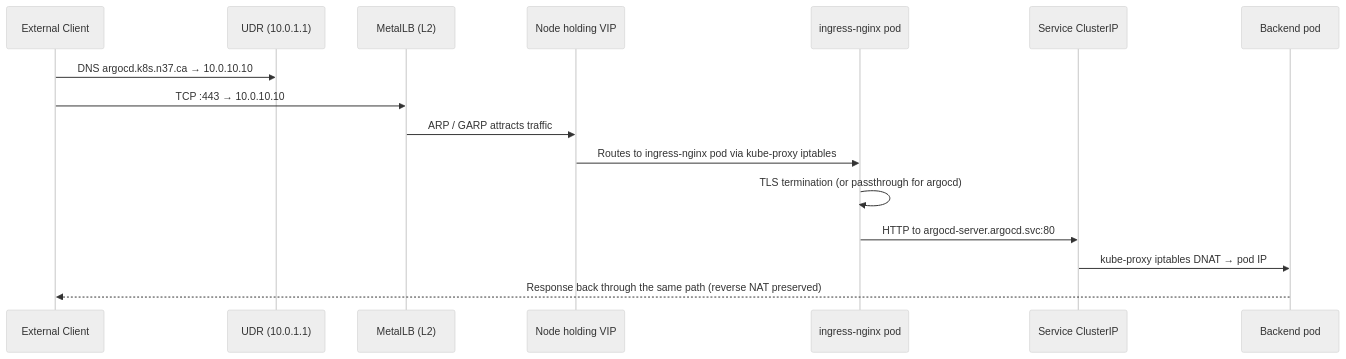
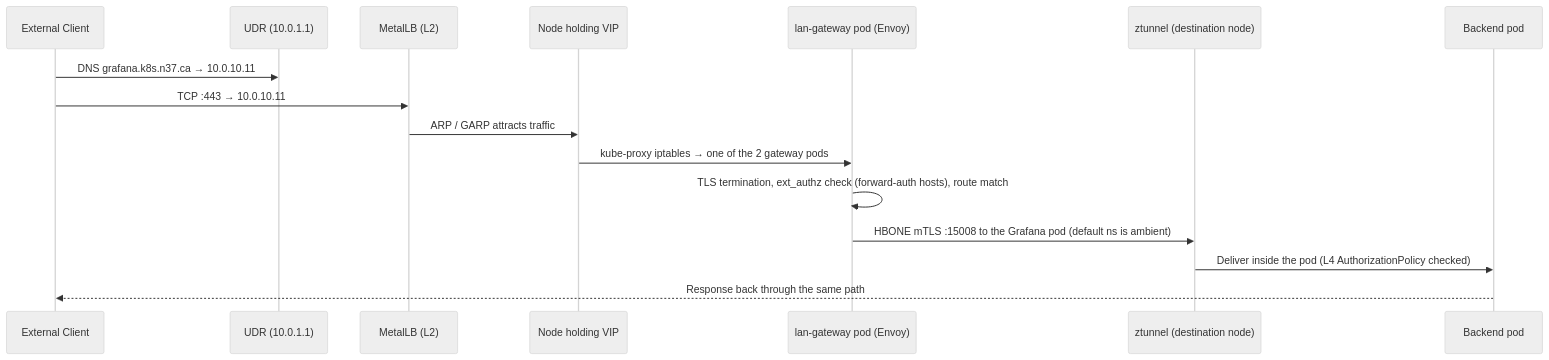
Before and after one commit to imcbeth/k8s-docs-n37: the second of 6 diagrams in docs/networking/cluster-topology.md, drawn with Mermaid (neutral theme). The commit also changed other lines of this file and 29 other files, not shown here.

First line of the commit message:
docs: LAN gateway (Istio) replaces ingress-nginx across the site (#136)

````diff
--- a/docs/networking/cluster-topology.md
+++ b/docs/networking/cluster-topology.md
@@ -52,19 +52,19 @@
 ```mermaid
 sequenceDiagram
     participant C as External Client
     participant U as UDR (10.0.1.1)
     participant M as MetalLB (L2)
     participant N as Node holding VIP
-    participant I as ingress-nginx pod
-    participant S as Service ClusterIP
+    participant I as lan-gateway pod (Envoy)
+    participant Z as ztunnel (destination node)
     participant P as Backend pod
 
-    C->>U: DNS argocd.k8s.n37.ca → 10.0.10.10
-    C->>M: TCP :443 → 10.0.10.10
+    C->>U: DNS grafana.k8s.n37.ca → 10.0.10.11
+    C->>M: TCP :443 → 10.0.10.11
     M->>N: ARP / GARP attracts traffic
-    N->>I: Routes to ingress-nginx pod via kube-proxy iptables
-    I->>I: TLS termination (or passthrough for argocd)
-    I->>S: HTTP to argocd-server.argocd.svc:80
-    S->>P: kube-proxy iptables DNAT → pod IP
-    P-->>C: Response back through the same path (reverse NAT preserved)
+    N->>I: kube-proxy iptables → one of the 2 gateway pods
+    I->>I: TLS termination, ext_authz check (forward-auth hosts), route match
+    I->>Z: HBONE mTLS :15008 to the Grafana pod (default ns is ambient)
+    Z->>P: Deliver inside the pod (L4 AuthorizationPolicy checked)
+    P-->>C: Response back through the same path
 ```
````
